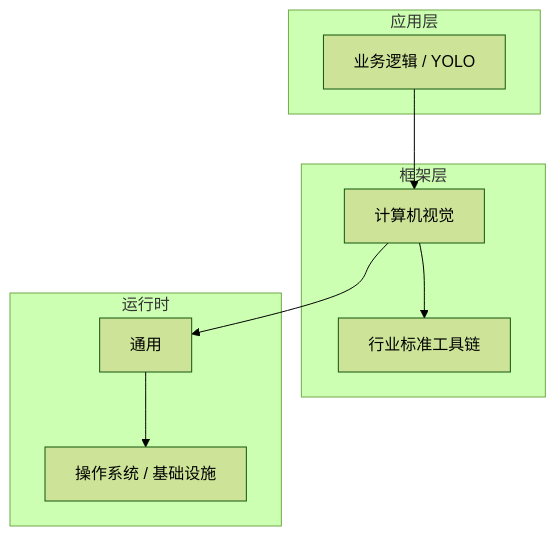
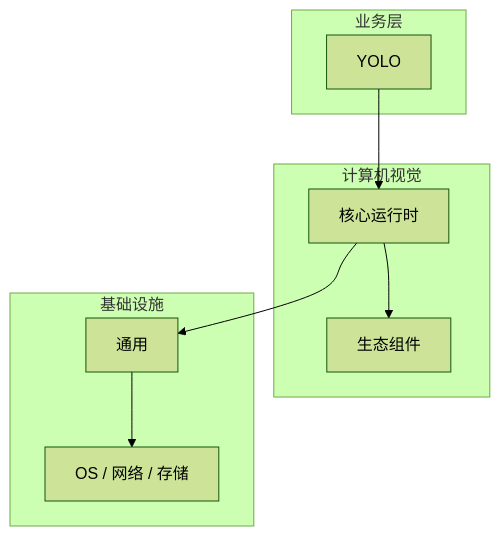
The diagram in articles/计算机视觉/chapters/051-YOLO核心概念与原理.md (yanggan2015/knowledge-json-v2), drawn with Mermaid (forest theme) before and after one commit. The commit also changed other lines of this file and 10127 other files, not shown here.

````diff
--- a/articles/计算机视觉/chapters/051-YOLO核心概念与原理.md
+++ b/articles/计算机视觉/chapters/051-YOLO核心概念与原理.md
@@ -45,18 +30,18 @@
 ```mermaid
 graph TB
-    subgraph 应用层
-        A[业务逻辑 / YOLO]
+    subgraph 业务层
+        A[YOLO]
     end
-    subgraph 框架层
-        B[计算机视觉]
-        C[行业标准工具链]
+    subgraph 计算机视觉
+        B[核心运行时]
+        C[生态组件]
     end
-    subgraph 运行时
+    subgraph 基础设施
         D[通用]
-        E[操作系统 / 基础设施]
+        E[OS / 网络 / 存储]
     end
     A --> B
     B --> C
     B --> D
     D --> E
 ```
````
